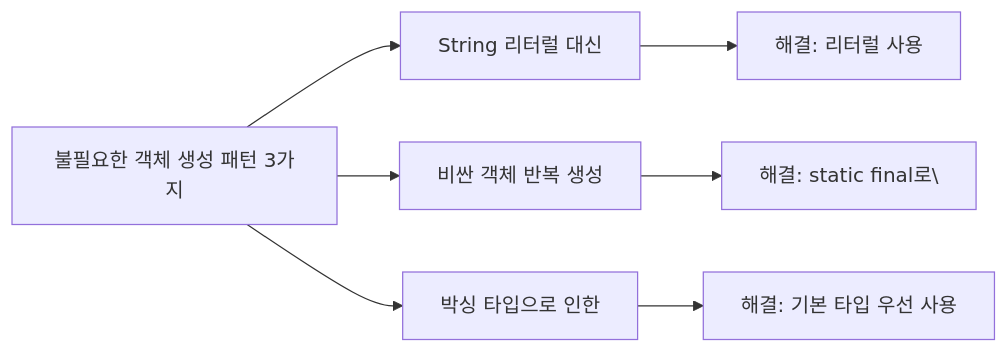
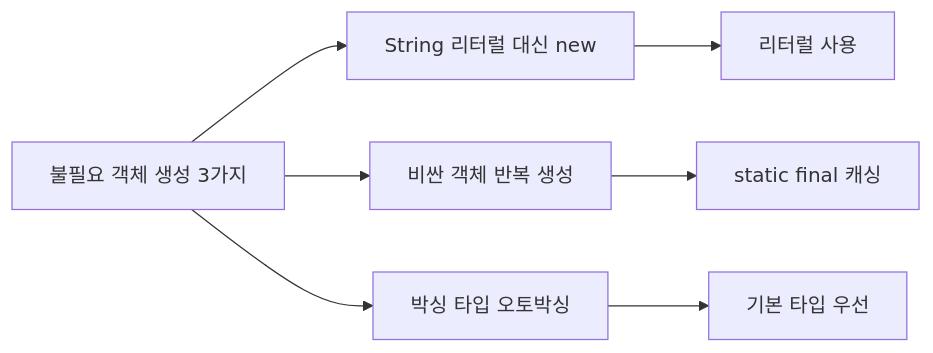
One commit to yjkim2015/yjkim2015.github.io changed the third of 3 diagrams in _posts/java/2021-12-19-effective-java6.md. Above: the diagram before and after it, drawn with Mermaid. The commit also changed other lines of this file and 245 other files, not shown here.

First line of the commit message:
Mermaid 다이어그램 전면 수정 + 면접 포인트 접기/펼치기 + DB 데드락 페이지

````diff
--- a/_posts/java/2021-12-19-effective-java6.md
+++ b/_posts/java/2021-12-19-effective-java6.md
@@ -179,9 +177,9 @@
 ```mermaid
 graph LR
-    A["불필요한 객체 생성 패턴 3가지"] --> B["String 리터럴 대신"]
+    A["불필요 객체 생성 3가지"] --> B["String 리터럴 대신 new"]
     A --> C["비싼 객체 반복 생성"]
-    A --> D["박싱 타입으로 인한"]
-    B --> B1["해결: 리터럴 사용"]
-    C --> C1["해결: static final로\"]
-    D --> D1["해결: 기본 타입 우선 사용"]
+    A --> D["박싱 타입 오토박싱"]
+    B --> B1["리터럴 사용"]
+    C --> C1["static final 캐싱"]
+    D --> D1["기본 타입 우선"]
 ```
````
